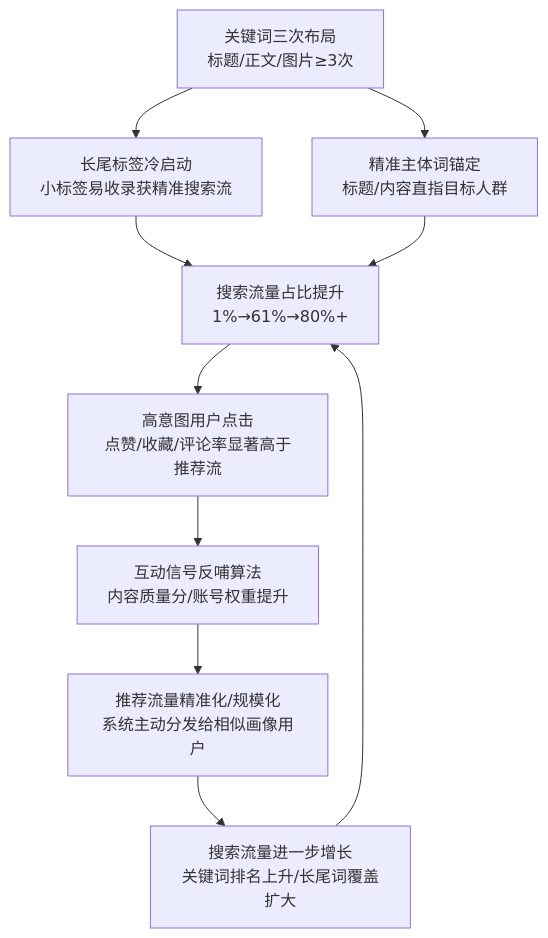
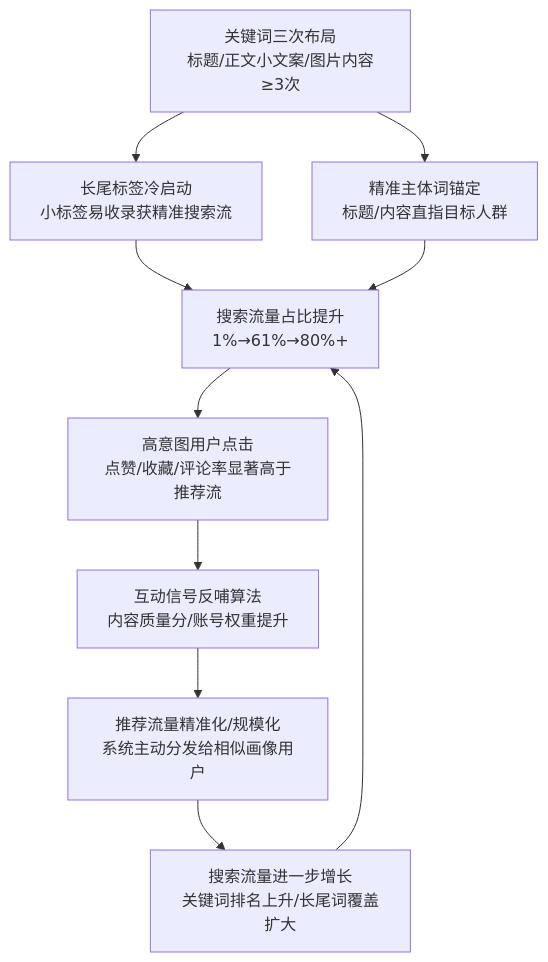
The eighth of 10 diagrams in docs/202303_paper2textbook/chapter_033.md (OpenDocCN1/flygon-zhuanqian-zhoubao), drawn with Mermaid before and after one commit. The commit also changed other lines of this file and 2 other files, not shown here.

````diff
--- a/docs/202303_paper2textbook/chapter_033.md
+++ b/docs/202303_paper2textbook/chapter_033.md
@@ -578,12 +579,12 @@
 ```mermaid
 graph TD
-    A[关键词三次布局<br/>标题/正文/图片≥3次] --> B[长尾标签冷启动<br/>小标签易收录获精准搜索流]
+    A[关键词三次布局<br/>标题/正文小文案/图片内容≥3次] --> B[长尾标签冷启动<br/>小标签易收录获精准搜索流]
     A --> C[精准主体词锚定<br/>标题/内容直指目标人群]
     B --> D[搜索流量占比提升<br/>1%→61%→80%+]
     C --> D
     D --> E[高意图用户点击<br/>点赞/收藏/评论率显著高于推荐流]
     E --> F[互动信号反哺算法<br/>内容质量分/账号权重提升]
     F --> G[推荐流量精准化/规模化<br/>系统主动分发给相似画像用户]
     G --> H[搜索流量进一步增长<br/>关键词排名上升/长尾词覆盖扩大]
     H --> D
 ```
````
